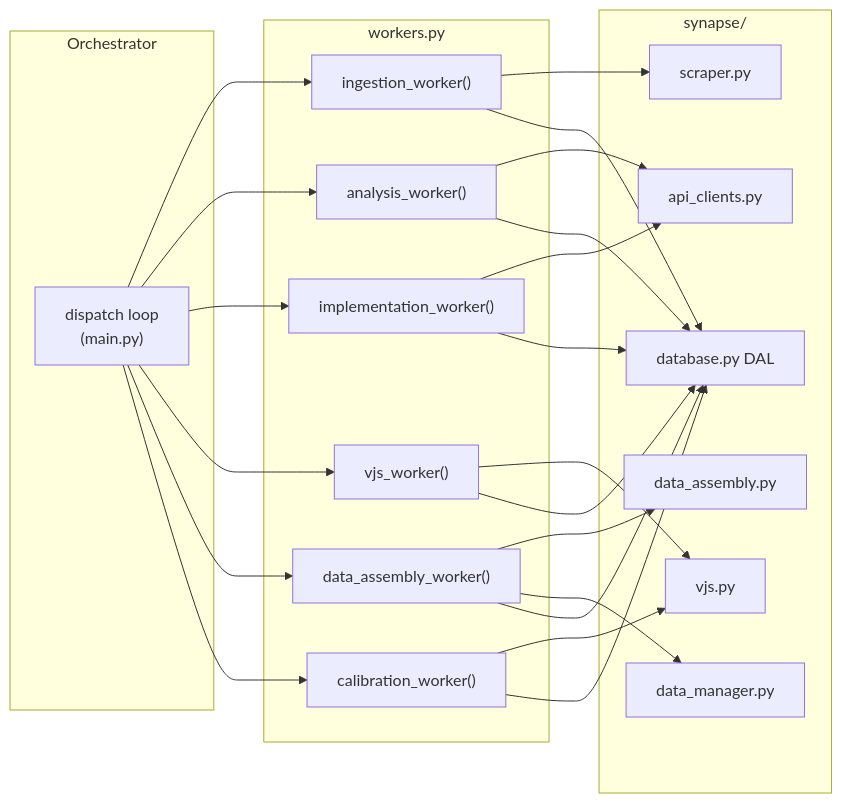
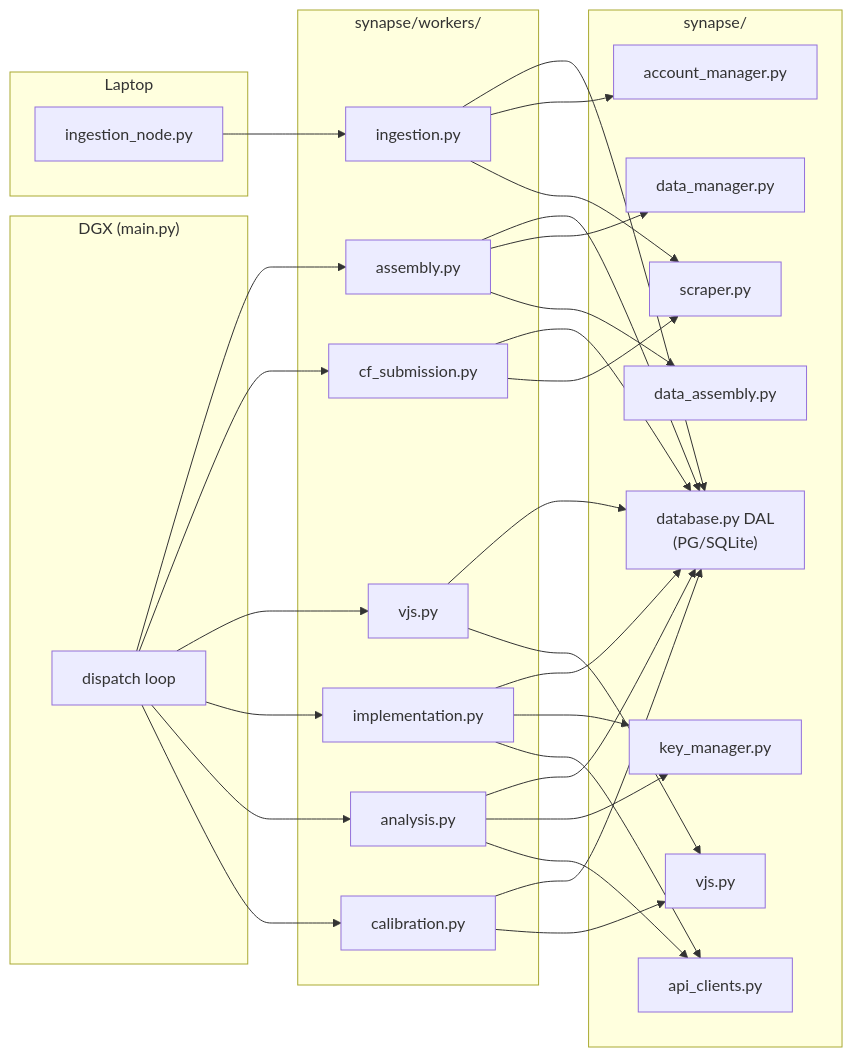
One commit to Axe-08/Synapse changed the second of 2 diagrams in Documents/Diagrams/Mermaid/05_ClassDiagram.md. Above: the diagram before and after it, drawn with Mermaid. The commit also changed other lines of this file and 17 other files, not shown here.

First line of the commit message:
docs: v2 architecture — SRS v2, TestPlan, diagrams, Architecture overview

````diff
--- a/Documents/Diagrams/Mermaid/05_ClassDiagram.md
+++ b/Documents/Diagrams/Mermaid/05_ClassDiagram.md
@@ -293,45 +300,42 @@
 ```mermaid
 graph LR
-    subgraph Orchestrator
-        DISPATCH["dispatch loop\n(main.py)"]
+    subgraph Laptop
+        ING_NODE["ingestion_node.py"]
     end
 
-    subgraph workers.py
-        IW["ingestion_worker()"]
-        CW["calibration_worker()"]
-        AW["analysis_worker()"]
-        ImW["implementation_worker()"]
-        VW["vjs_worker()"]
-        DW["data_assembly_worker()"]
+    subgraph DGX["DGX (main.py)"]
+        DISPATCH["dispatch loop"]
     end
 
-    subgraph synapse/
-        DB["database.py DAL"]
+    subgraph workers["synapse/workers/"]
+        IW["ingestion.py"]
+        CW["calibration.py"]
+        AW["analysis.py"]
+        ImW["implementation.py"]
+        VW["vjs.py"]
+        CFW["cf_submission.py"]
+        DW["assembly.py"]
+    end
+
+    subgraph services["synapse/"]
+        DB["database.py DAL\n(PG/SQLite)"]
         SC["scraper.py"]
+        AM["account_manager.py"]
         AC["api_clients.py"]
         VJS["vjs.py"]
         DA["data_assembly.py"]
         DM["data_manager.py"]
+        KM["key_manager.py"]
     end
 
-    DISPATCH --> IW & AW & ImW & VW & DW & CW
+    ING_NODE --> IW
+    DISPATCH --> CW & AW & ImW & VW & CFW & DW
 
-    IW --> SC
-    IW --> DB
-
-    CW --> VJS
-    CW --> DB
-
-    AW --> AC
-    AW --> DB
-
-    ImW --> AC
-    ImW --> DB
-
-    VW --> VJS
-    VW --> DB
-
-    DW --> DA
-    DW --> DM
-    DW --> DB
+    IW --> SC & AM & DB
+    CW --> VJS & DB
+    AW --> AC & KM & DB
+    ImW --> AC & KM & DB
+    VW --> VJS & DB
+    CFW --> SC & DB
+    DW --> DA & DM & DB
 ```
````
